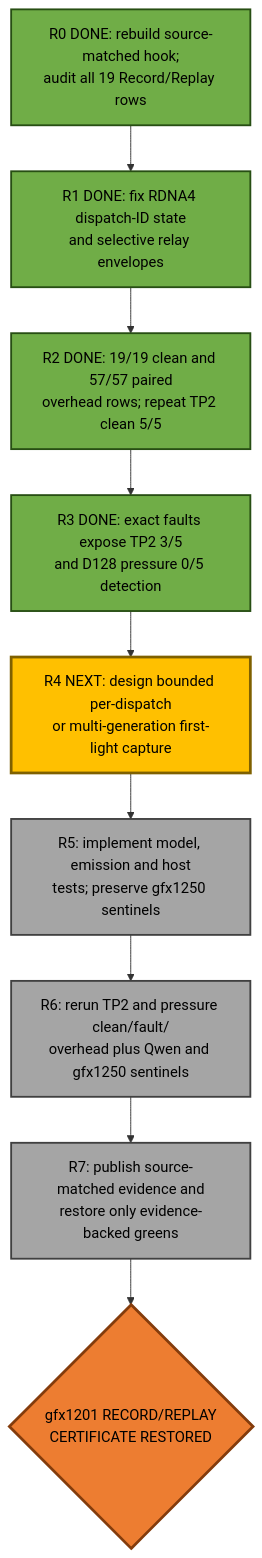
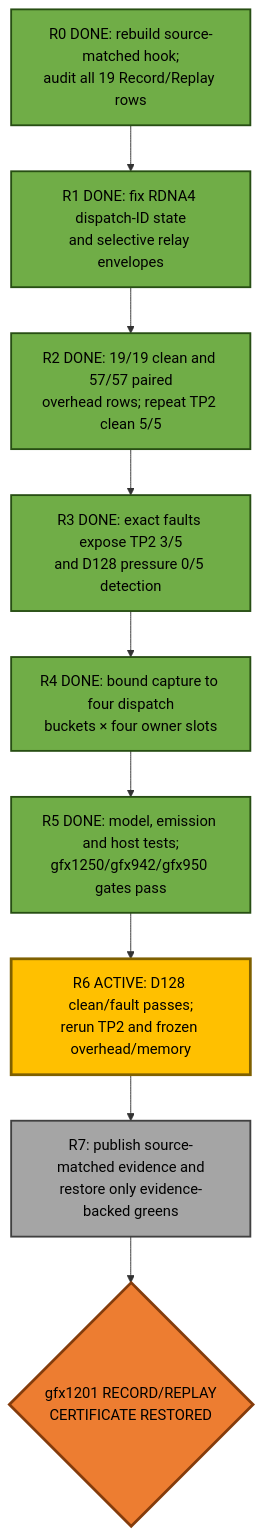
One commit to ROCm/rocm-systems changed the third of 7 diagrams in emulation/rocjitsu/docs/consan/FUTURE_WORK.md. Above: the diagram before and after it, drawn with Mermaid. The commit also changed other lines of this file and 36 other files, not shown here.

Commit message:
fix(consan): make record replay capture dispatch coherent

````diff
--- a/emulation/rocjitsu/docs/consan/FUTURE_WORK.md
+++ b/emulation/rocjitsu/docs/consan/FUTURE_WORK.md
@@ -70,19 +73,19 @@
 ```mermaid
 flowchart TB
   R0["R0 DONE: rebuild source-matched hook;<br/>audit all 19 Record/Replay rows"]:::done
   R1["R1 DONE: fix RDNA4 dispatch-ID state<br/>and selective relay envelopes"]:::done
   R2["R2 DONE: 19/19 clean and 57/57 paired<br/>overhead rows; repeat TP2 clean 5/5"]:::done
   R3["R3 DONE: exact faults expose TP2 3/5<br/>and D128 pressure 0/5 detection"]:::done
-  R4["R4 NEXT: design bounded per-dispatch<br/>or multi-generation first-light capture"]:::active
-  R5["R5: implement model, emission and host<br/>tests; preserve gfx1250 sentinels"]:::todo
-  R6["R6: rerun TP2 and pressure clean/fault/<br/>overhead plus Qwen and gfx1250 sentinels"]:::todo
+  R4["R4 DONE: bound capture to four dispatch<br/>buckets × four owner slots"]:::done
+  R5["R5 DONE: model, emission and host tests;<br/>gfx1250/gfx942/gfx950 gates pass"]:::done
+  R6["R6 ACTIVE: D128 clean/fault passes;<br/>rerun TP2 and frozen overhead/memory"]:::active
   R7["R7: publish source-matched evidence and<br/>restore only evidence-backed greens"]:::todo
   RG{"gfx1201 RECORD/REPLAY<br/>CERTIFICATE RESTORED"}:::target
 
   R0 --> R1 --> R2 --> R3 --> R4 --> R5 --> R6 --> R7 --> RG
 
   classDef done fill:#70ad47,stroke:#274e13,stroke-width:2px,color:#000;
   classDef active fill:#ffc000,stroke:#7f6000,stroke-width:3px,color:#000;
   classDef todo fill:#a5a5a5,stroke:#404040,stroke-width:2px,color:#000;
   classDef target fill:#ed7d31,stroke:#843c0c,stroke-width:3px,color:#000;
 ```
````
